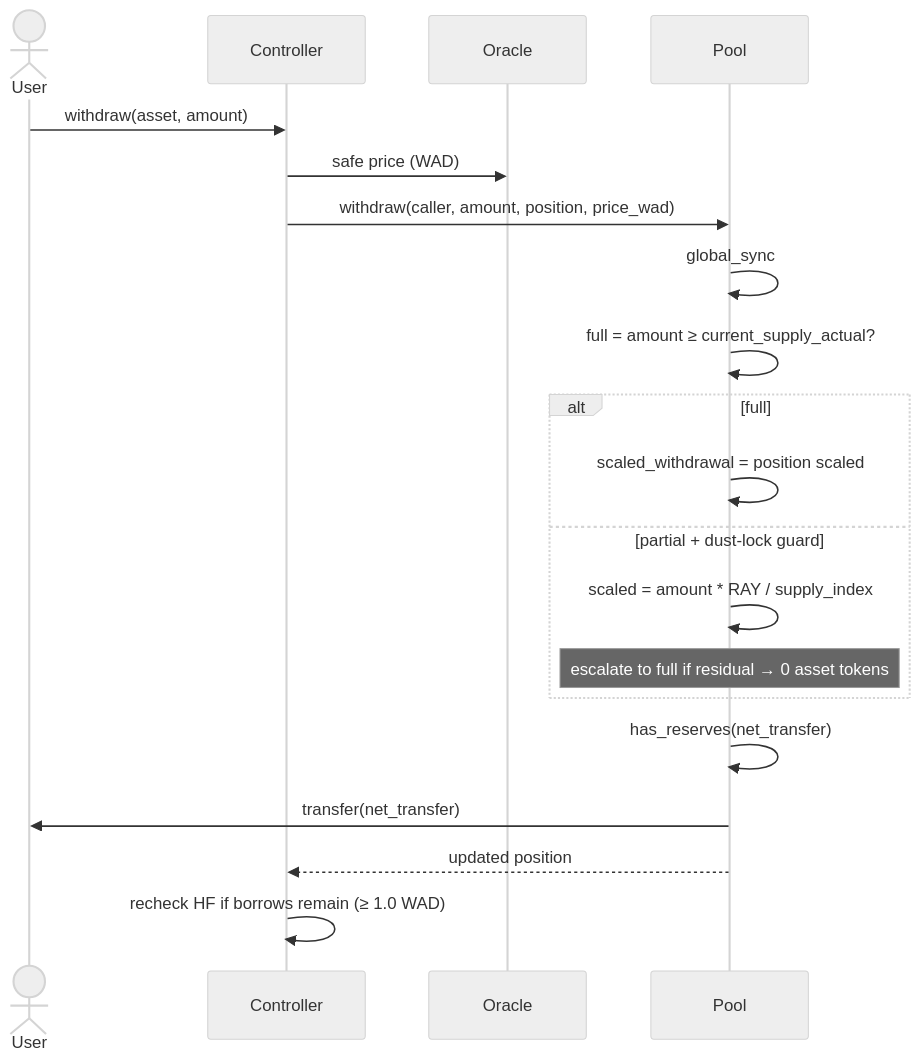
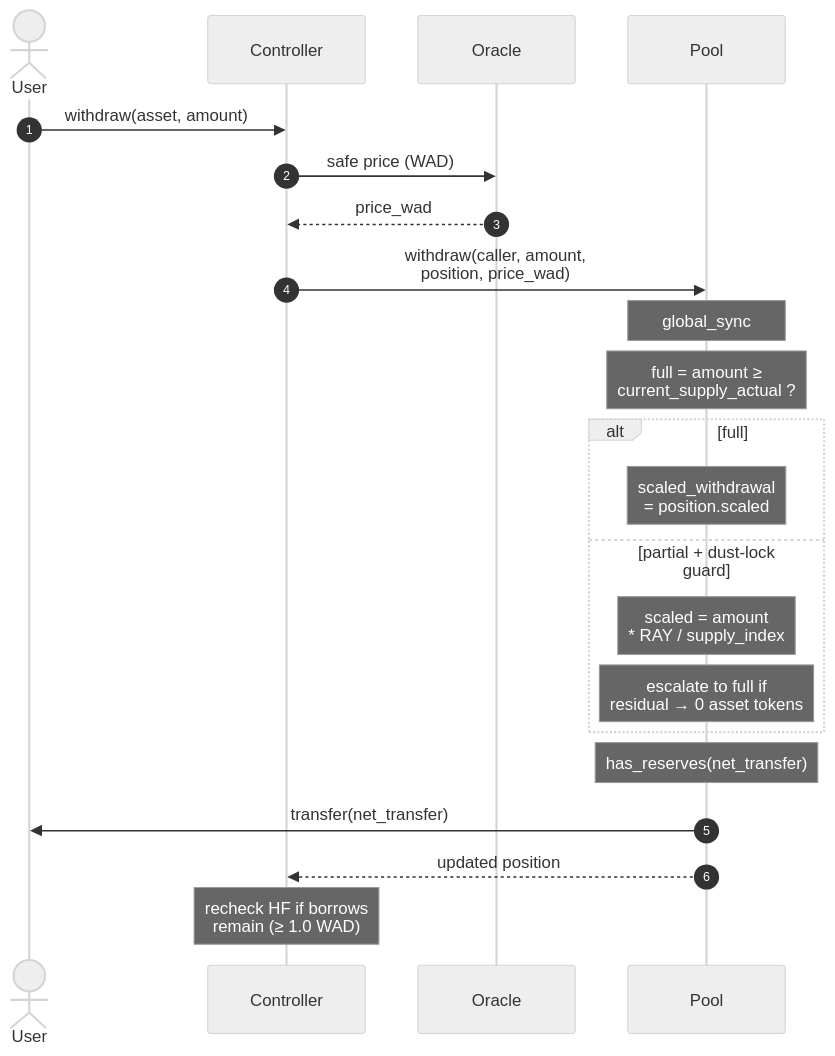
One commit to XOXNO/rs-lending-xlm changed the fifth of 9 diagrams in architecture/ARCHITECTURE.md. Above: the diagram before and after it, drawn with Mermaid (neutral theme). The commit also changed other lines of this file and 118 other files, not shown here.

````diff
--- a/architecture/ARCHITECTURE.md
+++ b/architecture/ARCHITECTURE.md
@@ -222,23 +190,25 @@
 ```mermaid
 sequenceDiagram
+    autonumber
     actor U as User
     participant C as Controller
     participant O as Oracle
     participant P as Pool
 
     U->>C: withdraw(asset, amount)
     C->>O: safe price (WAD)
-    C->>P: withdraw(caller, amount, position, price_wad)
-    P->>P: global_sync
-    P->>P: full = amount ≥ current_supply_actual?
+    O-->>C: price_wad
+    C->>P: withdraw(caller, amount,<br/>position, price_wad)
+    Note over P: global_sync
+    Note over P: full = amount ≥<br/>current_supply_actual ?
     alt full
-        P->>P: scaled_withdrawal = position scaled
+        Note over P: scaled_withdrawal<br/>= position.scaled
     else partial + dust-lock guard
-        P->>P: scaled = amount * RAY / supply_index
-        Note over P: escalate to full if residual → 0 asset tokens
+        Note over P: scaled = amount<br/>* RAY / supply_index
+        Note over P: escalate to full if<br/>residual → 0 asset tokens
     end
-    P->>P: has_reserves(net_transfer)
+    Note over P: has_reserves(net_transfer)
     P->>U: transfer(net_transfer)
     P-->>C: updated position
-    C->>C: recheck HF if borrows remain (≥ 1.0 WAD)
+    Note over C: recheck HF if borrows<br/>remain (≥ 1.0 WAD)
 ```
````
